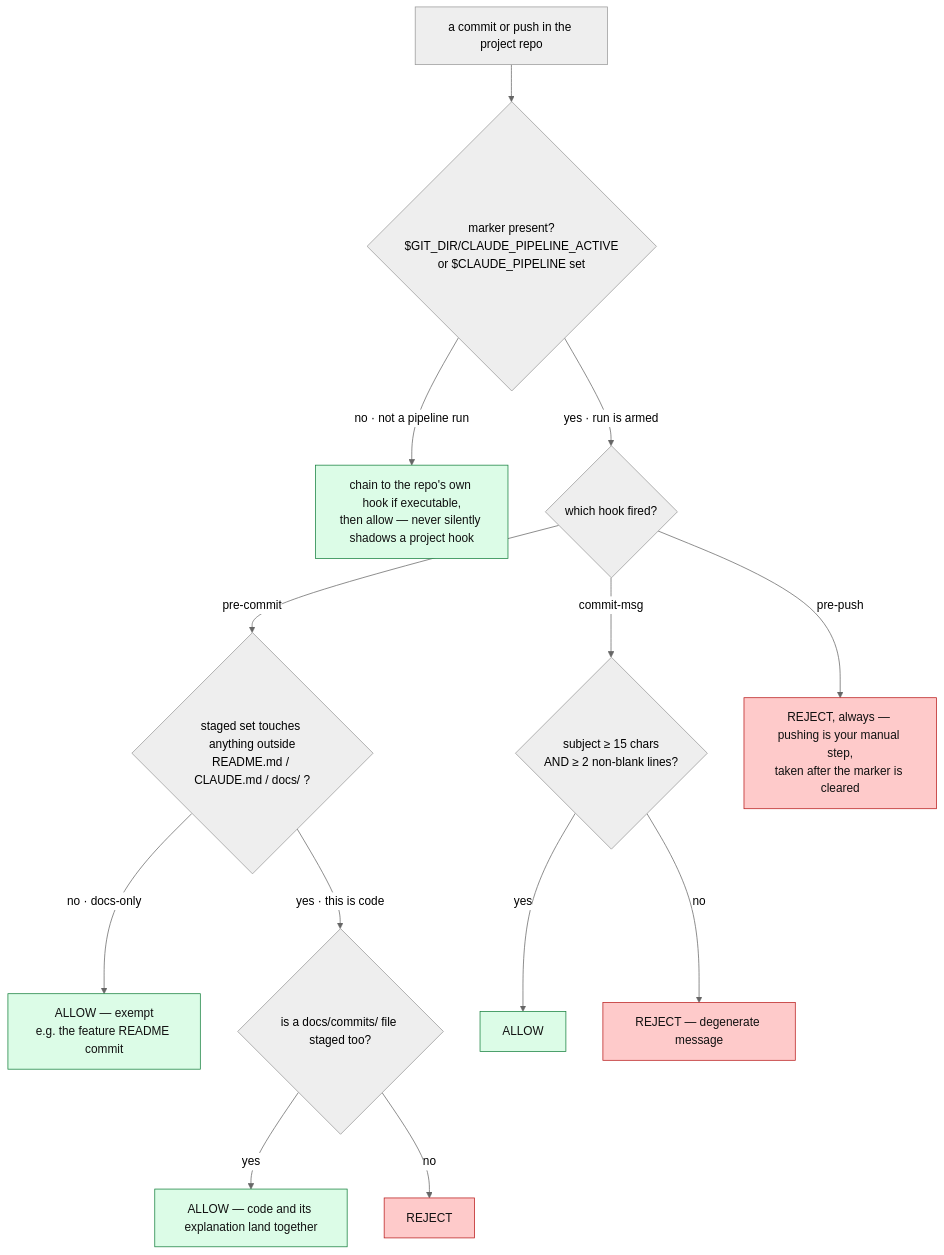
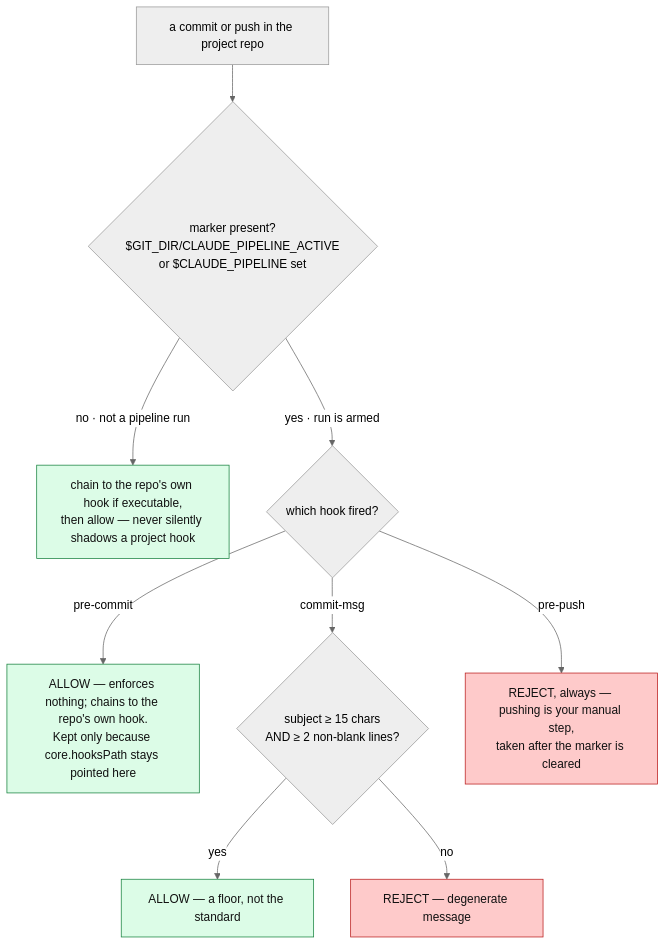
The third of 3 diagrams in .claude/PIPELINE.md (var-pi/dotfiles), drawn with Mermaid (neutral theme) before and after one commit. The commit also changed other lines of this file and 16 other files, not shown here.

````diff
--- a/.claude/PIPELINE.md
+++ b/.claude/PIPELINE.md
@@ -121,23 +118,19 @@
 ```mermaid
 flowchart TD
     C["a commit or push in the project repo"] --> M{"marker present?<br/>$GIT_DIR/CLAUDE_PIPELINE_ACTIVE<br/>or $CLAUDE_PIPELINE set"}
     M -- "no · not a pipeline run" --> LOCAL["chain to the repo's own hook if executable,<br/>then allow — never silently shadows a project hook"]
     M -- "yes · run is armed" --> W{"which hook fired?"}
 
-    W -- "pre-commit" --> PC{"staged set touches anything outside<br/>README.md / CLAUDE.md / docs/ ?"}
-    PC -- "no · docs-only" --> OK1["ALLOW — exempt<br/>e.g. the feature README commit"]
-    PC -- "yes · this is code" --> PC2{"is a docs/commits/ file staged too?"}
-    PC2 -- "yes" --> OK2["ALLOW — code and its explanation land together"]
-    PC2 -- "no" --> X1["REJECT"]
+    W -- "pre-commit" --> OK1["ALLOW — enforces nothing; chains to the repo's own hook.<br/>Kept only because core.hooksPath stays pointed here"]
 
     W -- "commit-msg" --> CM{"subject ≥ 15 chars<br/>AND ≥ 2 non-blank lines?"}
-    CM -- "yes" --> OK3["ALLOW"]
+    CM -- "yes" --> OK3["ALLOW — a floor, not the standard"]
     CM -- "no" --> X2["REJECT — degenerate message"]
 
     W -- "pre-push" --> X3["REJECT, always — pushing is your manual step,<br/>taken after the marker is cleared"]
 
     classDef ok fill:#dcfce7,stroke:#15803d,color:#111;
     classDef no fill:#fecaca,stroke:#b91c1c,color:#111;
-    class OK1,OK2,OK3,LOCAL ok;
-    class X1,X2,X3 no;
+    class OK1,OK3,LOCAL ok;
+    class X2,X3 no;
 ```
````
